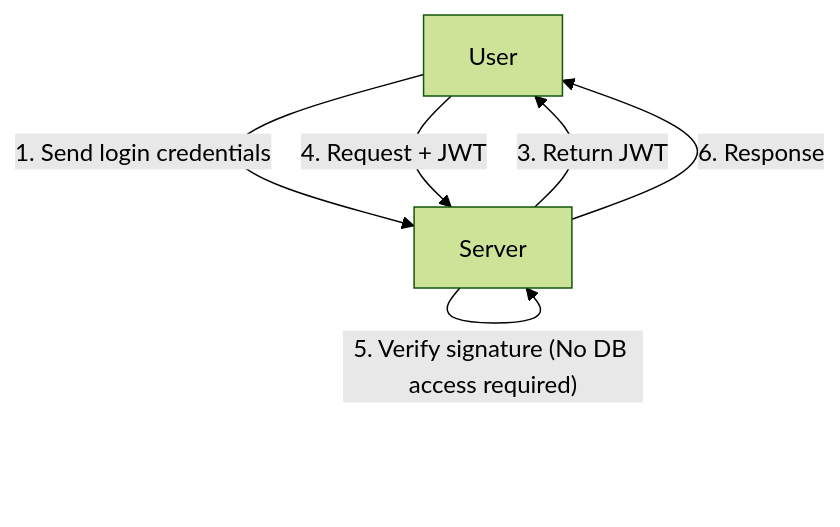
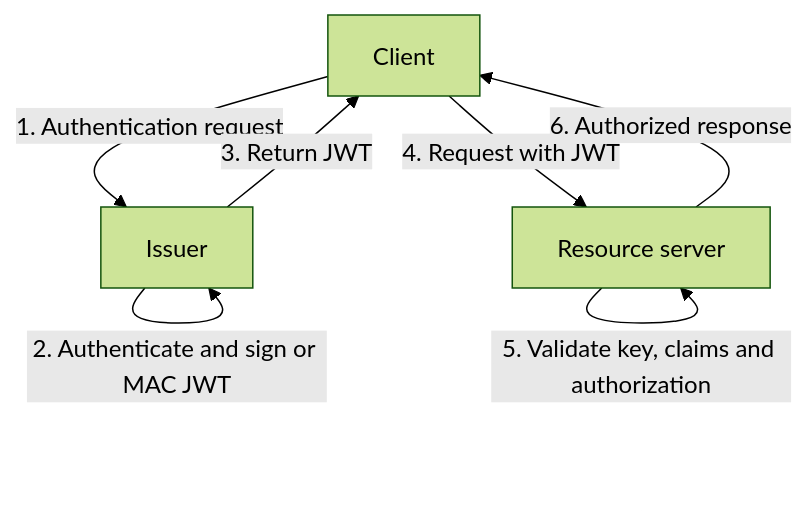
One commit to kenjinote/blog changed the second of 3 diagrams in content/post/jwt-json-web-token-security-risks/index.en.md. Above: the diagram before and after it, drawn with Mermaid (forest theme). The commit also changed other lines of this file and 6 other files, not shown here.

````diff
--- a/content/post/jwt-json-web-token-security-risks/index.en.md
+++ b/content/post/jwt-json-web-token-security-risks/index.en.md
@@ -47,9 +42,9 @@
 ```mermaid
 graph TD
-    A["User"] -- "1. Send login credentials" --> B["Server"]
-    B -- "2. Verify & generate JWT (Signature)" --> B
+    A["Client"] -- "1. Authentication request" --> B["Issuer"]
+    B -- "2. Authenticate and sign or MAC JWT" --> B
     B -- "3. Return JWT" --> A
-    A -- "4. Request + JWT" --> B
-    B -- "5. Verify signature (No DB access required)" --> B
-    B -- "6. Response" --> A
+    A -- "4. Request with JWT" --> C["Resource server"]
+    C -- "5. Validate key, claims and authorization" --> C
+    C -- "6. Authorized response" --> A
 ```
````
